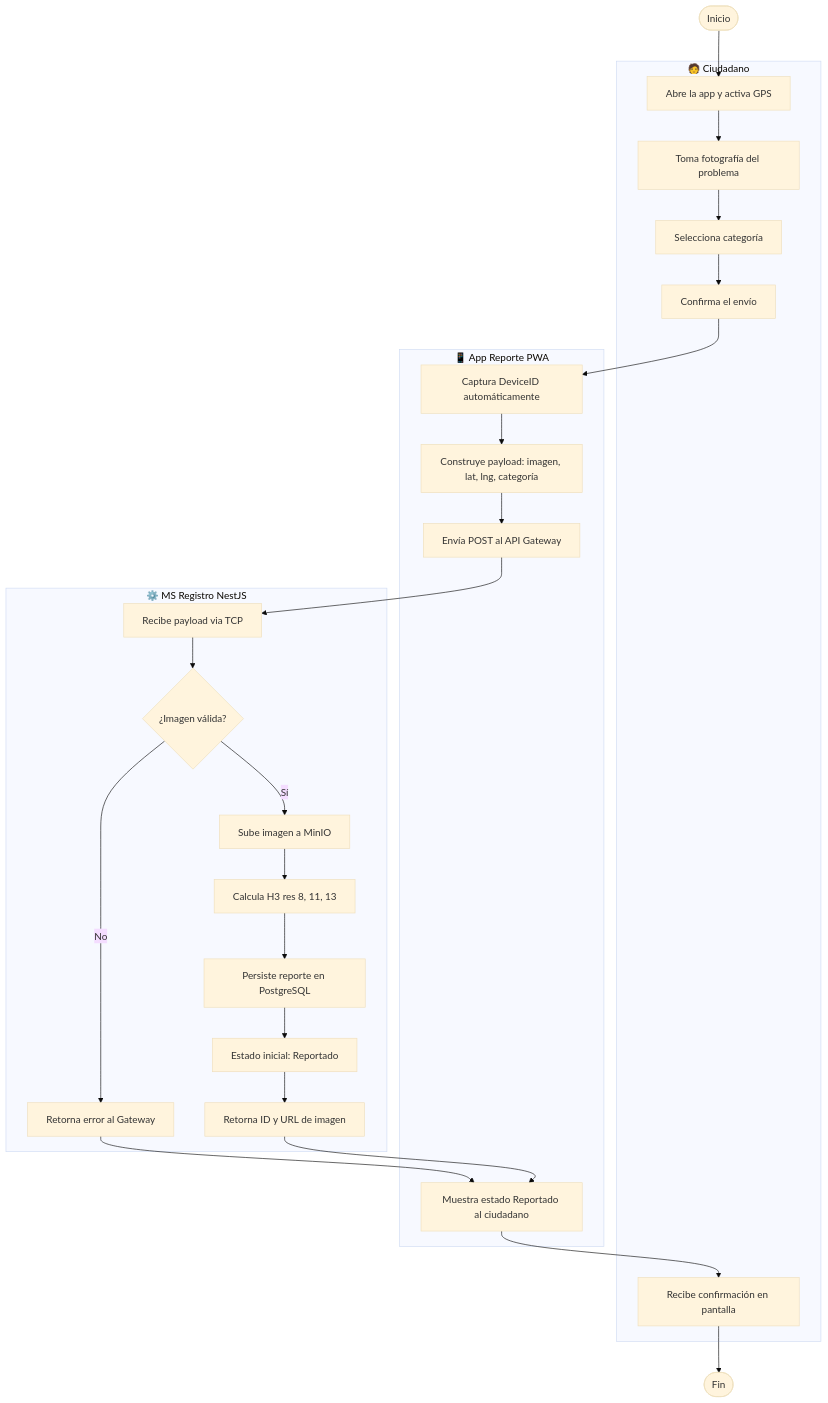
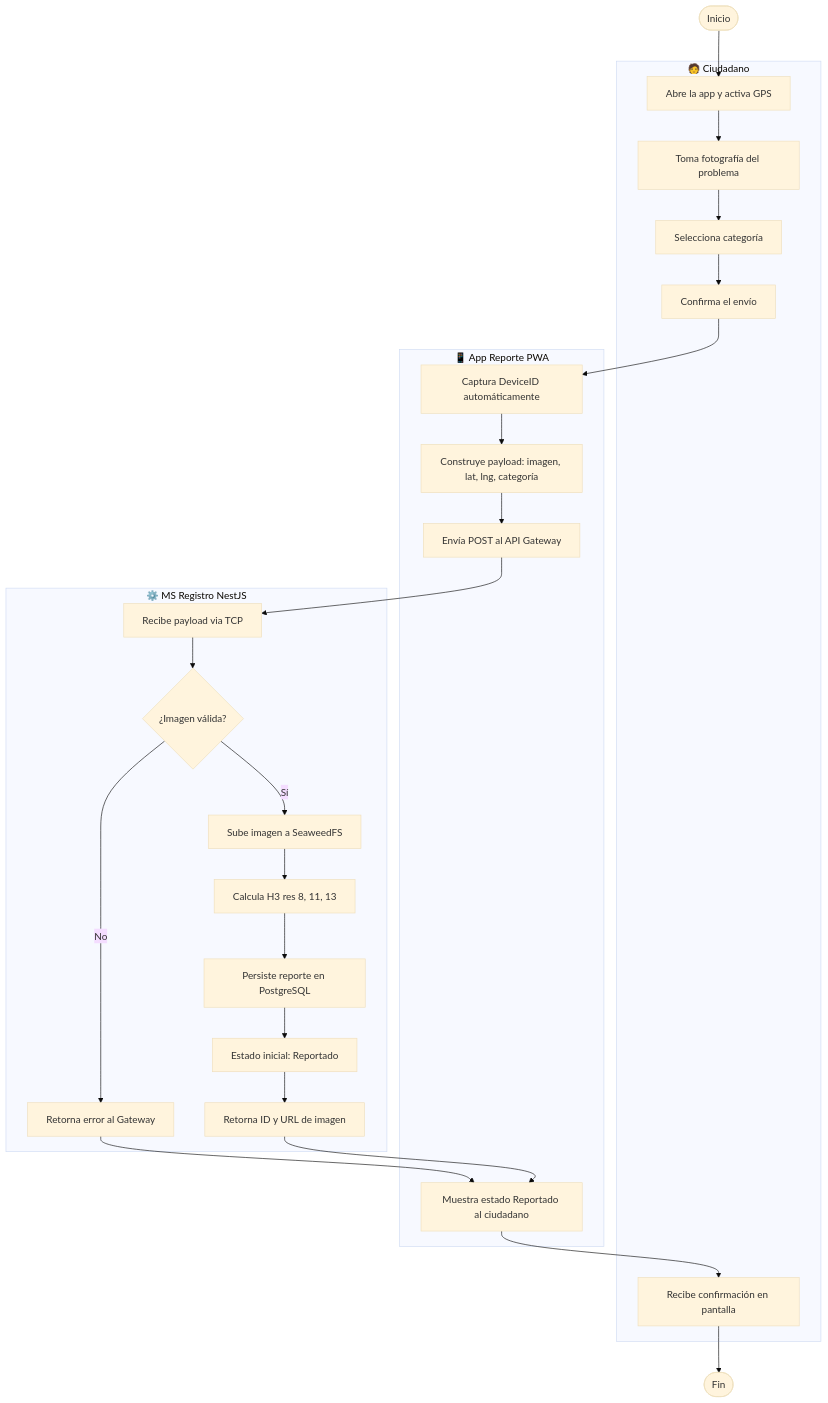
One commit to douglasDFH/ojo_camba2.0 changed the third of 5 diagrams in docs/diagramas_uml.md. Above: the diagram before and after it, drawn with Mermaid (base theme). The commit also changed 13 other files, not shown here.

````diff
--- a/docs/diagramas_uml.md
+++ b/docs/diagramas_uml.md
@@ -173,38 +173,38 @@
 ```mermaid
 flowchart TD
     Start([Inicio]) --> A1
 
     subgraph Ciudadano["🧑 Ciudadano"]
         A1[Abre la app y activa GPS]
         A2[Toma fotografía del problema]
         A3[Selecciona categoría]
         A4[Confirma el envío]
         A9[Recibe confirmación en pantalla]
     end
 
     subgraph App_PWA["📱 App Reporte PWA"]
         B1[Captura DeviceID automáticamente]
         B2[Construye payload: imagen, lat, lng, categoría]
         B3[Envía POST al API Gateway]
         B8[Muestra estado Reportado al ciudadano]
     end
 
     subgraph MS_Register["⚙️ MS Registro NestJS"]
         C1[Recibe payload via TCP]
         C2{¿Imagen válida?}
-        C3[Sube imagen a MinIO]
+        C3[Sube imagen a SeaweedFS]
         C4[Calcula H3 res 8, 11, 13]
         C5[Persiste reporte en PostgreSQL]
         C6[Estado inicial: Reportado]
         C7[Retorna ID y URL de imagen]
         CErr[Retorna error al Gateway]
     end
 
     A1 --> A2 --> A3 --> A4
     A4 --> B1 --> B2 --> B3
     B3 --> C1 --> C2
     C2 -- No --> CErr --> B8
     C2 -- Sí --> C3 --> C4 --> C5 --> C6 --> C7
     C7 --> B8 --> A9
     A9 --> End([Fin])
 ```
````
